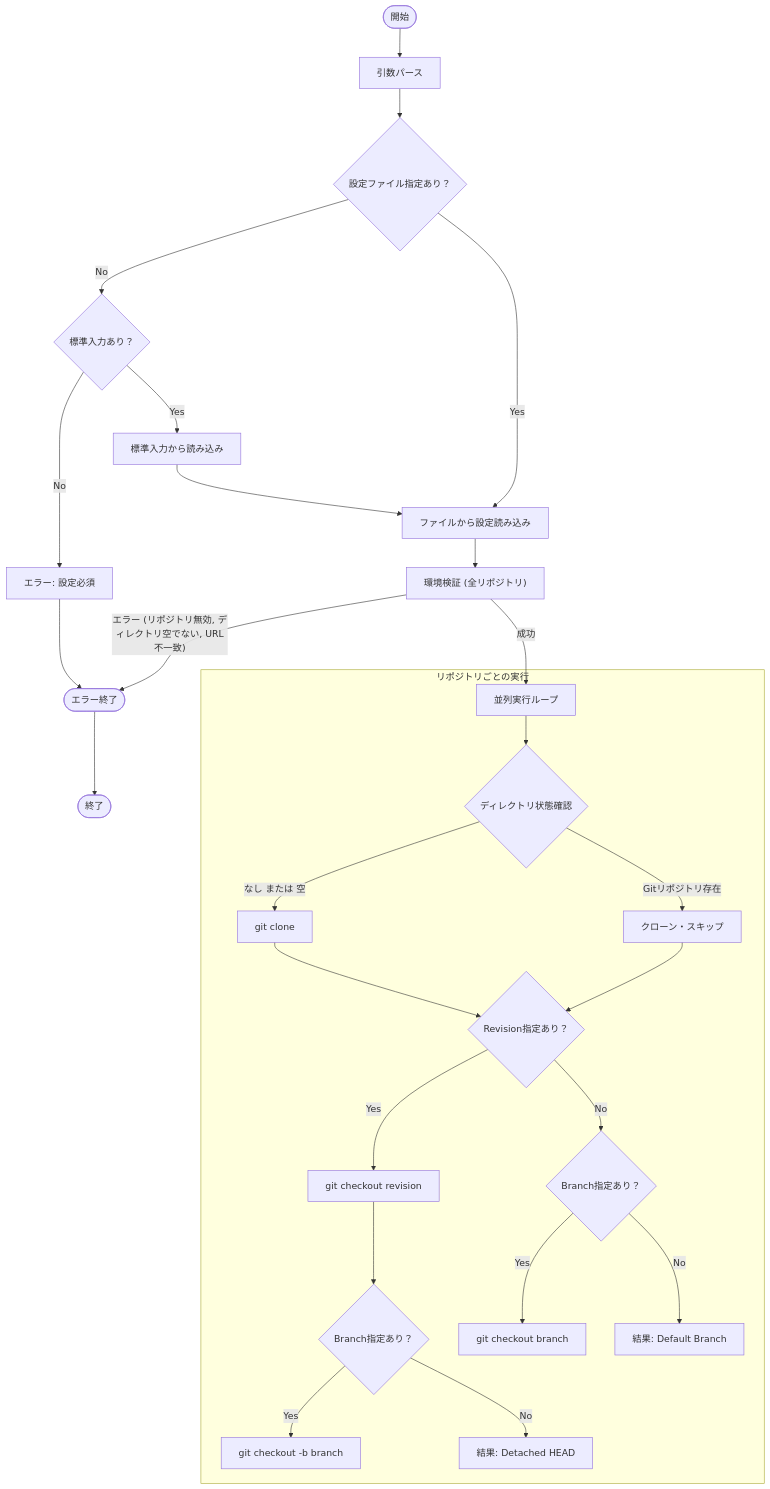
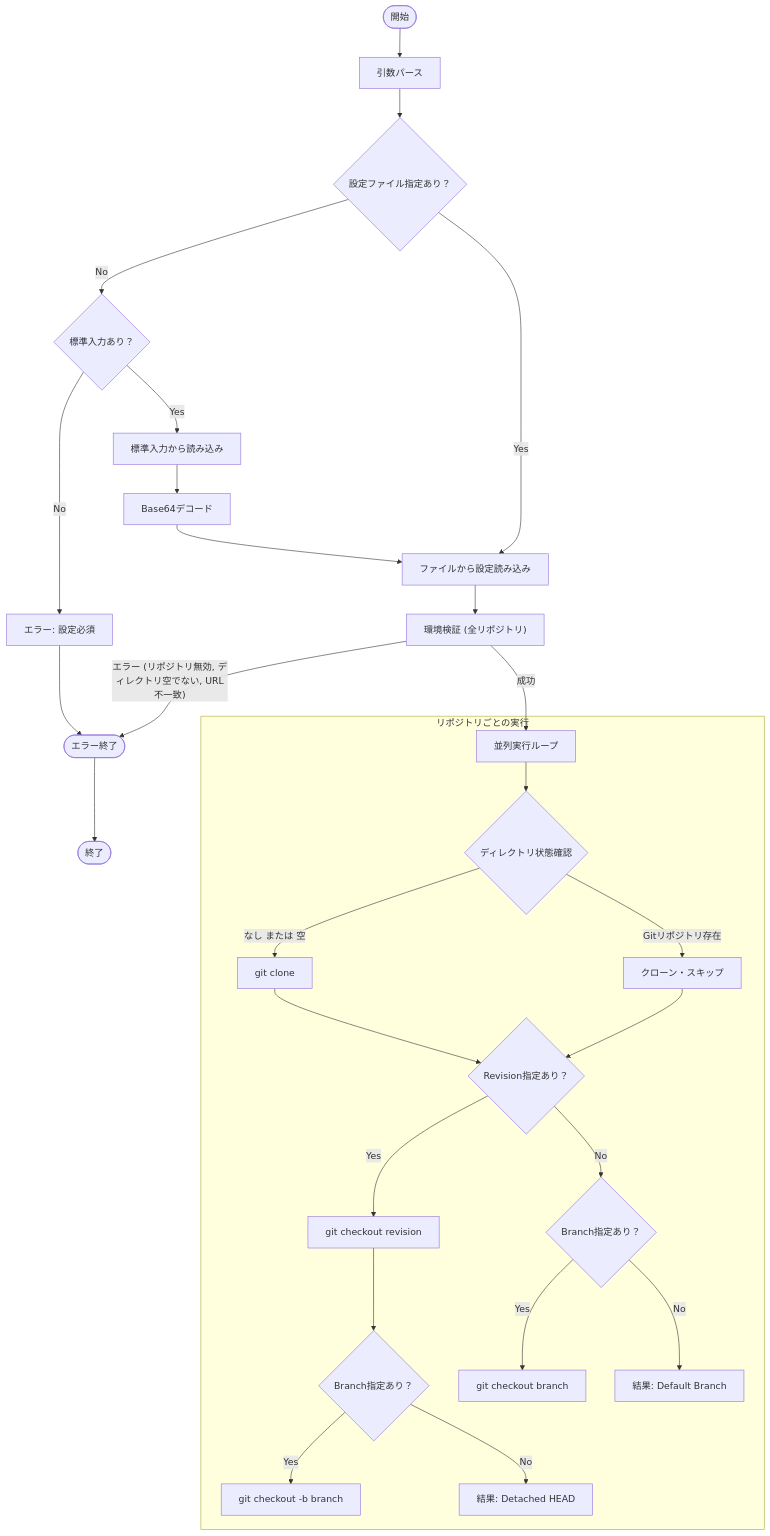
One commit to keiji/mistletoe changed the diagram in docs/internal/app/init.md. Above: the diagram before and after it, drawn with Mermaid. The commit also changed 7 other files, not shown here.

First line of the commit message:
Update design docs to reflect Base64 decoding for stdin

````diff
--- a/docs/internal/app/init.md
+++ b/docs/internal/app/init.md
@@ -68,38 +68,39 @@
 ```mermaid
 flowchart TD
     Start(["開始"]) --> ParseArgs["引数パース"]
     ParseArgs --> CheckFile{"設定ファイル指定あり？"}
     CheckFile -- No --> CheckStdin{"標準入力あり？"}
     CheckStdin -- No --> ErrorFile["エラー: 設定必須"]
     CheckStdin -- Yes --> ReadStdin["標準入力から読み込み"]
-    ReadStdin --> LoadConfig
+    ReadStdin --> Decode["Base64デコード"]
+    Decode --> LoadConfig
     CheckFile -- Yes --> LoadConfig["ファイルから設定読み込み"]
     LoadConfig --> ValidateEnv["環境検証 (全リポジトリ)"]
 
     ValidateEnv -- "エラー (リポジトリ無効, ディレクトリ空でない, URL不一致)" --> ErrorExit(["エラー終了"])
     ValidateEnv -- "成功" --> ExecLoop["並列実行ループ"]
 
     subgraph "リポジトリごとの実行"
         ExecLoop --> CheckState{"ディレクトリ状態確認"}
 
         CheckState -- "なし または 空" --> Clone["git clone"]
         CheckState -- "Gitリポジトリ存在" --> SkipClone["クローン・スキップ"]
 
         Clone --> CheckRev{"Revision指定あり？"}
         SkipClone --> CheckRev
 
         CheckRev -- Yes --> CheckoutRev["git checkout revision"]
         CheckoutRev --> CheckBranchWithRev{"Branch指定あり？"}
 
         CheckBranchWithRev -- Yes --> CreateBranch["git checkout -b branch"]
         CheckBranchWithRev -- No --> Detached["結果: Detached HEAD"]
 
         CheckRev -- No --> CheckBranchOnly{"Branch指定あり？"}
 
         CheckBranchOnly -- Yes --> CheckoutBranch["git checkout branch"]
         CheckBranchOnly -- No --> DefaultBranch["結果: Default Branch"]
     end
 
     ErrorFile --> ErrorExit
     ErrorExit --> Stop(["終了"])
 ```
````
